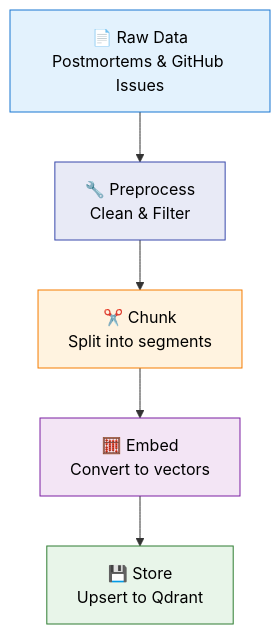
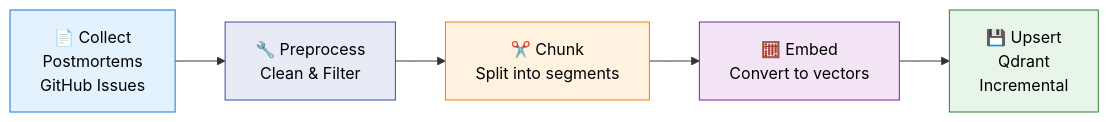
The first of 3 diagrams in ARCHITECTURE.md (stroccoli/ariadne), drawn with Mermaid before and after one commit. The commit also changed other lines of this file, not shown here.

````diff
--- a/ARCHITECTURE.md
+++ b/ARCHITECTURE.md
@@ -33,13 +33,13 @@
 ```mermaid
-flowchart TD
-    A[📄 Raw Data<br/>Postmortems & GitHub Issues] --> B[🔧 Preprocess<br/>Clean & Filter]
+flowchart LR
+    A[📄 Collect<br/>Postmortems<br/>GitHub Issues] --> B[🔧 Preprocess<br/>Clean & Filter]
     B --> C[✂️ Chunk<br/>Split into segments]
     C --> D[🧮 Embed<br/>Convert to vectors]
-    D --> E[💾 Store<br/>Upsert to Qdrant]
+    D --> E[💾 Upsert<br/>Qdrant<br/>Incremental]
 
     style A fill:#e3f2fd,stroke:#1976D2,color:#000
     style B fill:#e8eaf6,stroke:#3949AB,color:#000
     style C fill:#fff3e0,stroke:#F57C00,color:#000
     style D fill:#f3e5f5,stroke:#7B1FA2,color:#000
     style E fill:#e8f5e9,stroke:#2E7D32,color:#000
 ```
````
